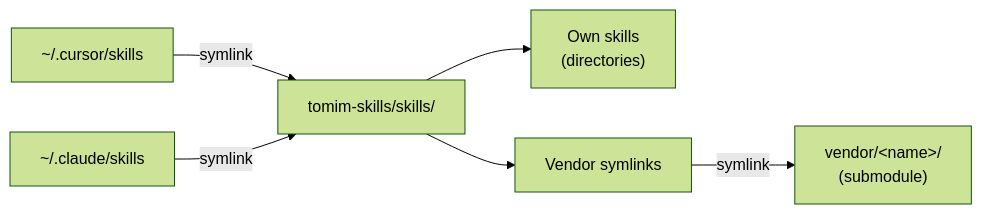
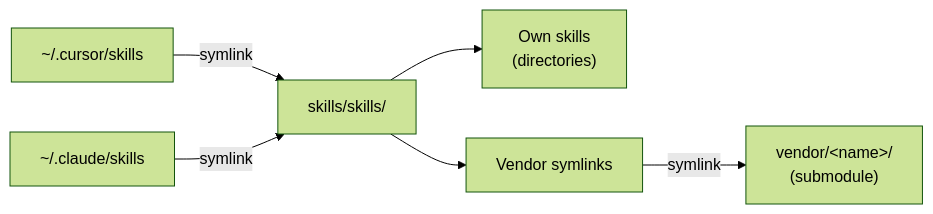
The diagram in README.md (tomimor/skills), drawn with Mermaid (forest theme) before and after one commit. The commit also changed other lines of this file and 3 other files, not shown here.

Commit message:
chore: rename repo tomim-skills → skills

````diff
--- a/README.md
+++ b/README.md
@@ -32,8 +32,8 @@
 ```mermaid
 graph LR
-    CursorSkills["~/.cursor/skills"] -->|symlink| SkillsDir["tomim-skills/skills/"]
+    CursorSkills["~/.cursor/skills"] -->|symlink| SkillsDir["skills/skills/"]
     ClaudeSkills["~/.claude/skills"] -->|symlink| SkillsDir
     SkillsDir --> OwnSkills["Own skills<br/>(directories)"]
     SkillsDir --> VendorLinks["Vendor symlinks"]
     VendorLinks -->|symlink| VendorDir["vendor/&lt;name&gt;/<br/>(submodule)"]
 ```
````
